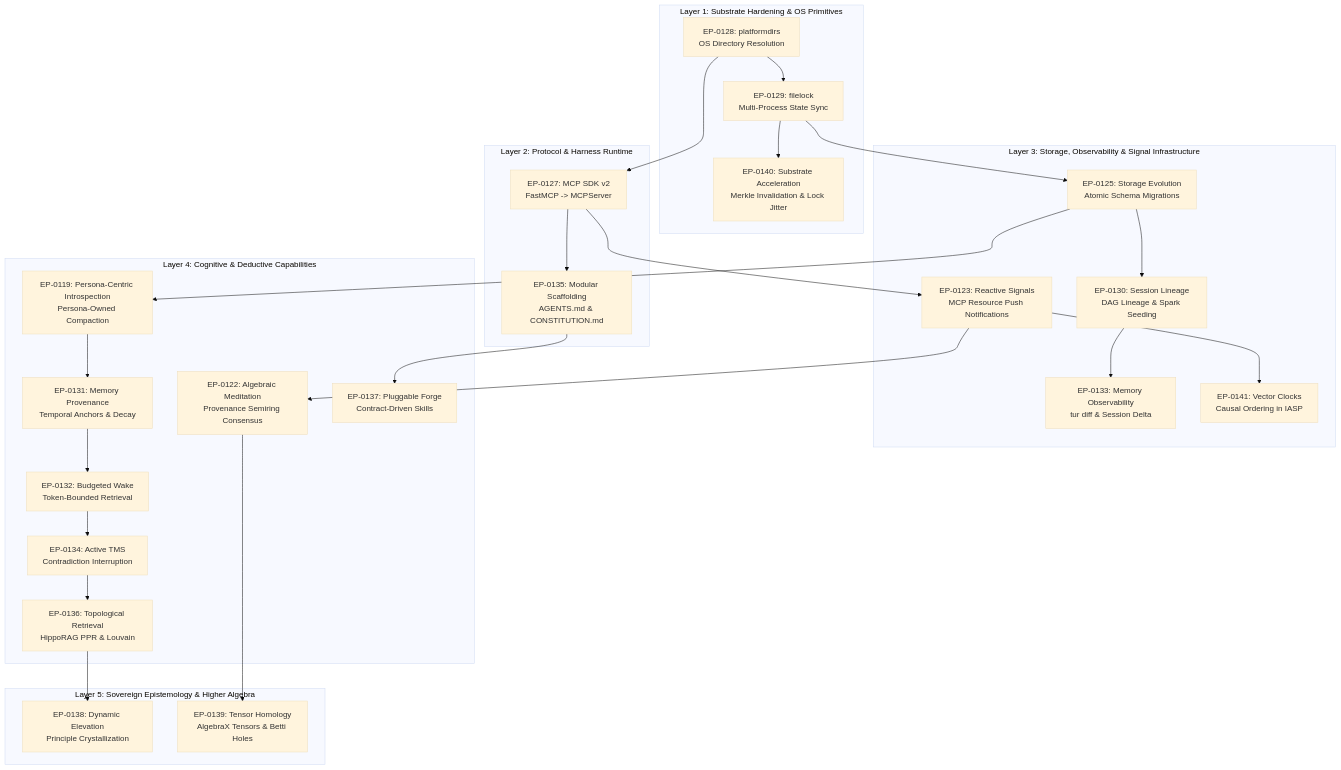
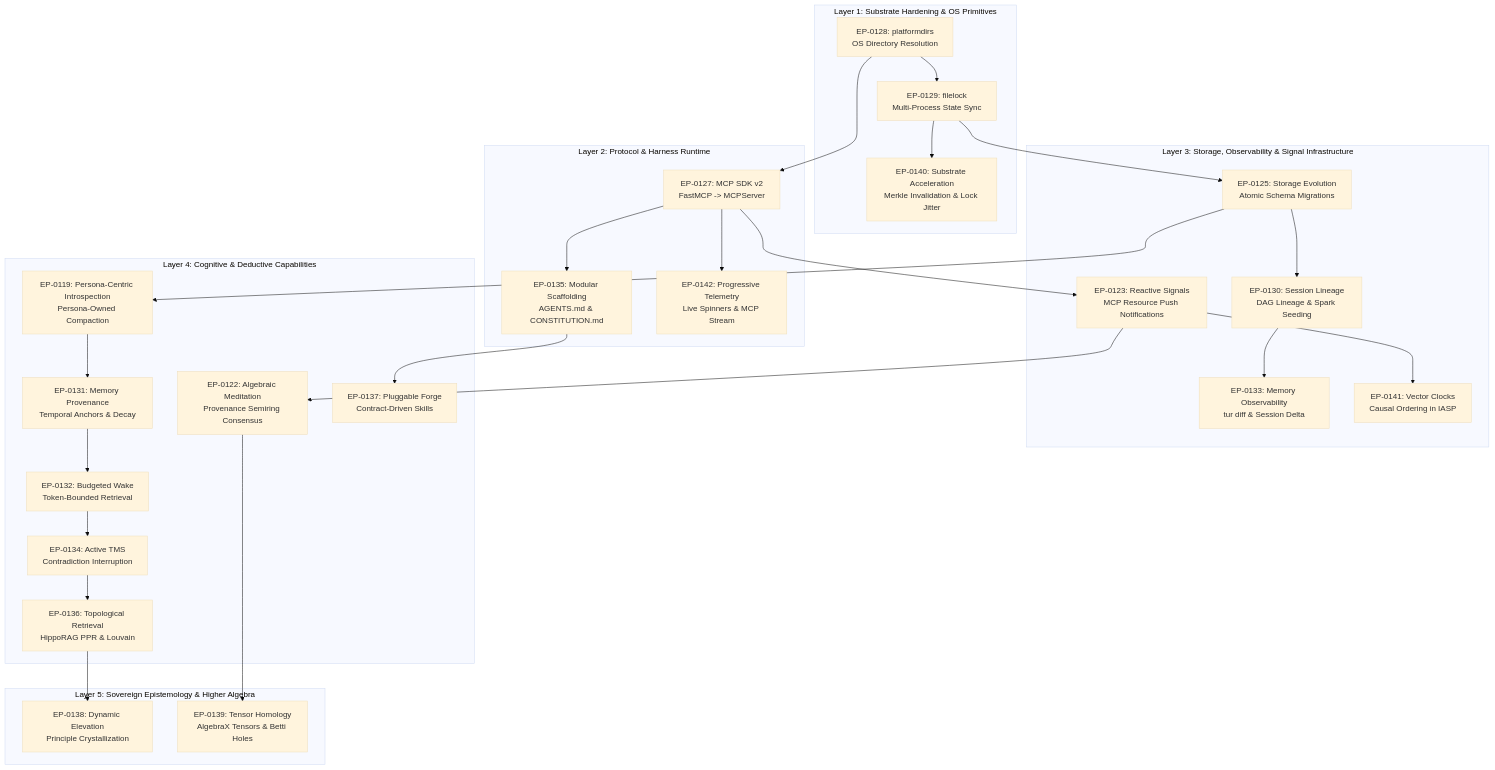
The diagram in docs/proposals/EP-0002-roadmap.md (erivlis/tur), drawn with Mermaid (base theme) before and after one commit. The commit also changed other lines of this file, not shown here.

First line of the commit message:
docs(EP-0002): integrate EP-0142 into roadmap and update strategic confluences

````diff
--- a/docs/proposals/EP-0002-roadmap.md
+++ b/docs/proposals/EP-0002-roadmap.md
@@ -57,55 +58,57 @@
 ```mermaid
 graph TD
     subgraph L1 ["Layer 1: Substrate Hardening & OS Primitives"]
         EP0128[EP-0128: platformdirs<br/>OS Directory Resolution]
         EP0129[EP-0129: filelock<br/>Multi-Process State Sync]
         EP0140[EP-0140: Substrate Acceleration<br/>Merkle Invalidation & Lock Jitter]
     end
 
     subgraph L2 ["Layer 2: Protocol & Harness Runtime"]
         EP0127[EP-0127: MCP SDK v2<br/>FastMCP -> MCPServer]
         EP0135[EP-0135: Modular Scaffolding<br/>AGENTS.md & CONSTITUTION.md]
+        EP0142[EP-0142: Progressive Telemetry<br/>Live Spinners & MCP Stream]
     end
 
     subgraph L3 ["Layer 3: Storage, Observability & Signal Infrastructure"]
         EP0125[EP-0125: Storage Evolution<br/>Atomic Schema Migrations]
         EP0123[EP-0123: Reactive Signals<br/>MCP Resource Push Notifications]
         EP0130[EP-0130: Session Lineage<br/>DAG Lineage & Spark Seeding]
         EP0133[EP-0133: Memory Observability<br/>tur diff & Session Delta]
         EP0141[EP-0141: Vector Clocks<br/>Causal Ordering in IASP]
     end
 
     subgraph L4 ["Layer 4: Cognitive & Deductive Capabilities"]
         EP0119[EP-0119: Persona-Centric Introspection<br/>Persona-Owned Compaction]
         EP0122[EP-0122: Algebraic Meditation<br/>Provenance Semiring Consensus]
         EP0131[EP-0131: Memory Provenance<br/>Temporal Anchors & Decay]
         EP0132[EP-0132: Budgeted Wake<br/>Token-Bounded Retrieval]
         EP0134[EP-0134: Active TMS<br/>Contradiction Interruption]
         EP0136[EP-0136: Topological Retrieval<br/>HippoRAG PPR & Louvain]
         EP0137[EP-0137: Pluggable Forge<br/>Contract-Driven Skills]
     end
 
     subgraph L5 ["Layer 5: Sovereign Epistemology & Higher Algebra"]
         EP0138[EP-0138: Dynamic Elevation<br/>Principle Crystallization]
         EP0139[EP-0139: Tensor Homology<br/>AlgebraX Tensors & Betti Holes]
     end
 
     EP0128 --> EP0129
     EP0129 --> EP0140
     EP0128 --> EP0127
     EP0127 --> EP0135
+    EP0127 --> EP0142
     EP0129 --> EP0125
     EP0127 --> EP0123
     EP0123 --> EP0141
     EP0125 --> EP0130
     EP0130 --> EP0133
     EP0125 --> EP0119
     EP0123 --> EP0122
     EP0119 --> EP0131
     EP0131 --> EP0132
     EP0132 --> EP0134
     EP0134 --> EP0136
     EP0135 --> EP0137
     EP0136 --> EP0138
     EP0122 --> EP0139
 ```
````
